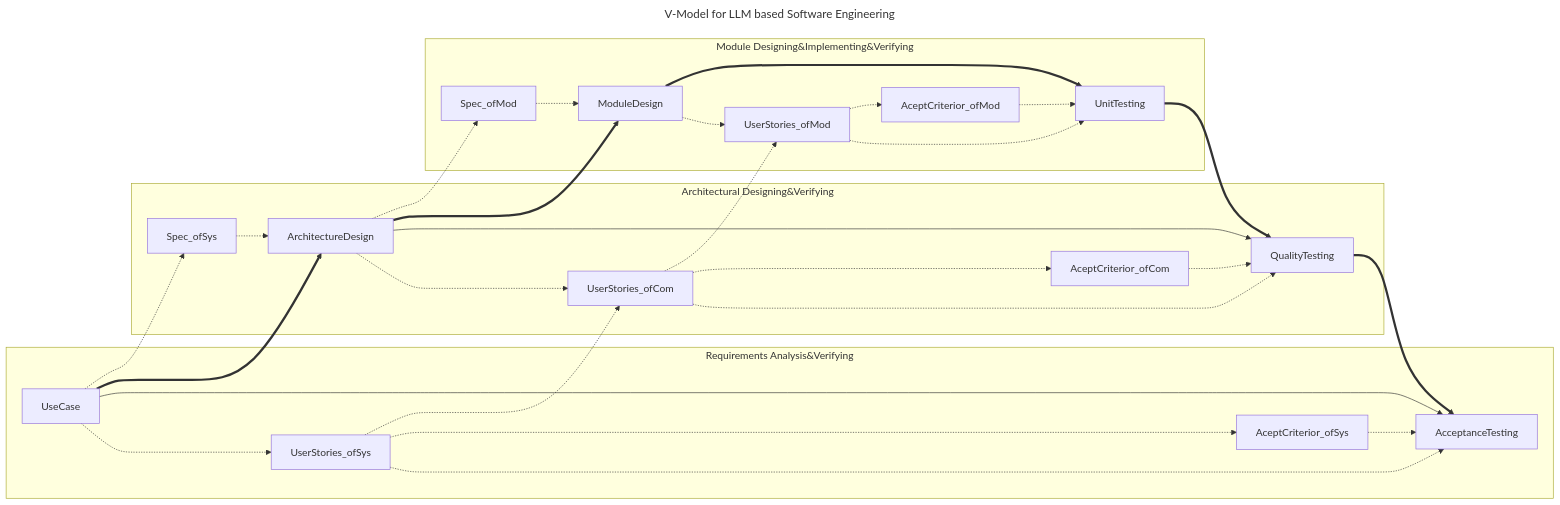
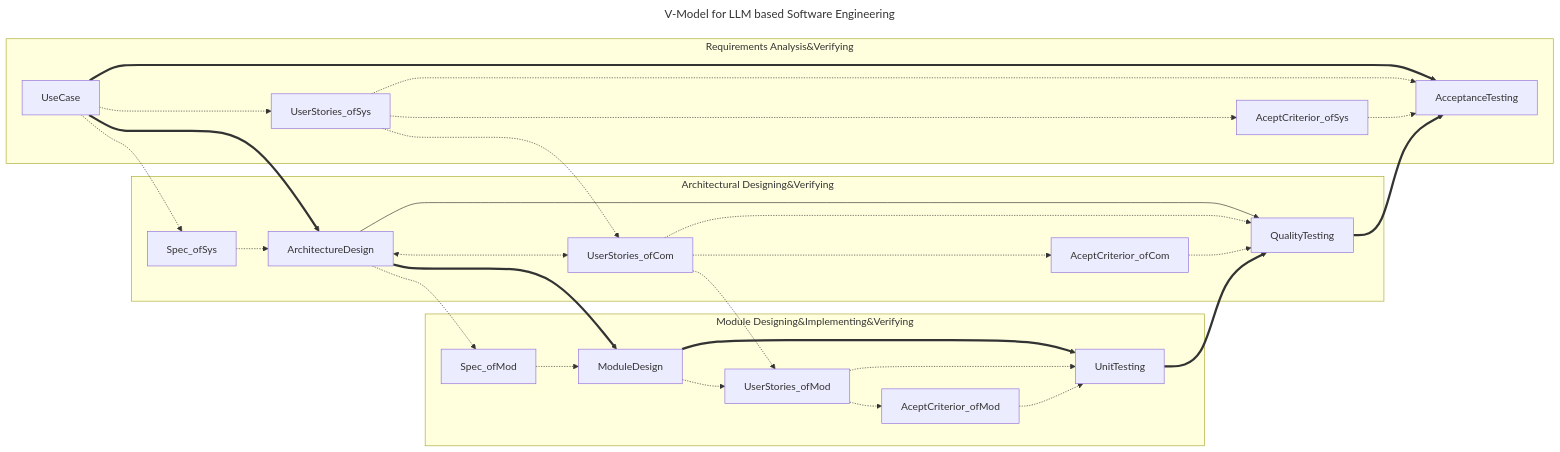
Before and after one commit to EnigmaWU/MyIOC_inTDD_withGHC: the diagram in README_LLMSE.md, drawn with Mermaid.

Commit message:
Refactor graph labels for better readability and maintainability

````diff
--- a/README_LLMSE.md
+++ b/README_LLMSE.md
@@ -11,41 +11,44 @@
 ```mermaid
 ---
 title: V-Model for LLM based Software Engineering
 ---
 graph LR
     subgraph "Requirements Analysis&Verifying"
+        UseCase ==> AcceptanceTesting
         UseCase -.-> UserStories_ofSys
         UserStories_ofSys -.-> AcceptanceTesting
         UserStories_ofSys -.-> AceptCriterior_ofSys
         AceptCriterior_ofSys -.-> AcceptanceTesting
-        UseCase --> AcceptanceTesting
+        
     end
     subgraph "Architectural Designing&Verifying"
         UseCase ==> ArchitectureDesign
         UseCase -.-> Spec_ofSys
         Spec_ofSys -.-> ArchitectureDesign
-        ArchitectureDesign -.-> UserStories_ofCom
+
+        ArchitectureDesign <-.-> UserStories_ofCom
+        ArchitectureDesign --> QualityTesting
+        
+        UserStories_ofSys -..-> UserStories_ofCom
         UserStories_ofCom -.-> QualityTesting
-        ArchitectureDesign --> QualityTesting
+        UserStories_ofCom -.-> AceptCriterior_ofCom
 
-        UserStories_ofSys -..-> UserStories_ofCom
-        UserStories_ofCom -.-> AceptCriterior_ofCom
         AceptCriterior_ofCom -.-> QualityTesting
-
         QualityTesting ==> AcceptanceTesting
     end
     subgraph "Module Designing&Implementing&Verifying"
         ArchitectureDesign ==> ModuleDesign
         ArchitectureDesign -.-> Spec_ofMod
         Spec_ofMod -.-> ModuleDesign
+
+        ModuleDesign ==> UnitTesting
         ModuleDesign -.-> UserStories_ofMod
-        UserStories_ofMod -.-> UnitTesting
-        ModuleDesign ==> UnitTesting
 
         UserStories_ofCom -.-> UserStories_ofMod
+        UserStories_ofMod -.-> UnitTesting
         UserStories_ofMod -.-> AceptCriterior_ofMod
+
         AceptCriterior_ofMod -.-> UnitTesting
-
         UnitTesting ==> QualityTesting
     end
 ```
````
